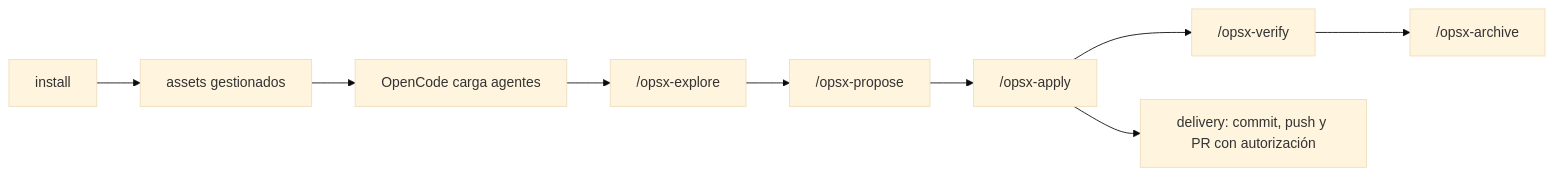
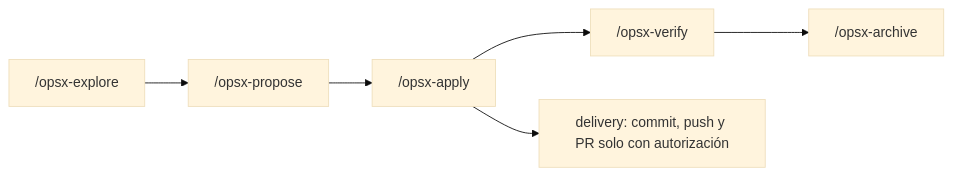
The diagram in README.md (adrotech/lufy-ai), drawn with Mermaid (base theme) before and after one commit. The commit also changed other lines of this file and 62 other files, not shown here.

````diff
--- a/README.md
+++ b/README.md
@@ -83,11 +147,8 @@
 ```mermaid
 flowchart LR
-    A["install"] --> B["assets gestionados"]
-    B --> C["OpenCode carga agentes"]
-    C --> D["/opsx-explore"]
-    D --> E["/opsx-propose"]
-    E --> F["/opsx-apply"]
-    F --> G["/opsx-verify"]
-    G --> H["/opsx-archive"]
-    F --> I["delivery: commit, push y PR con autorización"]
+    A["/opsx-explore"] --> B["/opsx-propose"]
+    B --> C["/opsx-apply"]
+    C --> D["/opsx-verify"]
+    D --> E["/opsx-archive"]
+    C --> F["delivery: commit, push y PR solo con autorización"]
 ```
````
